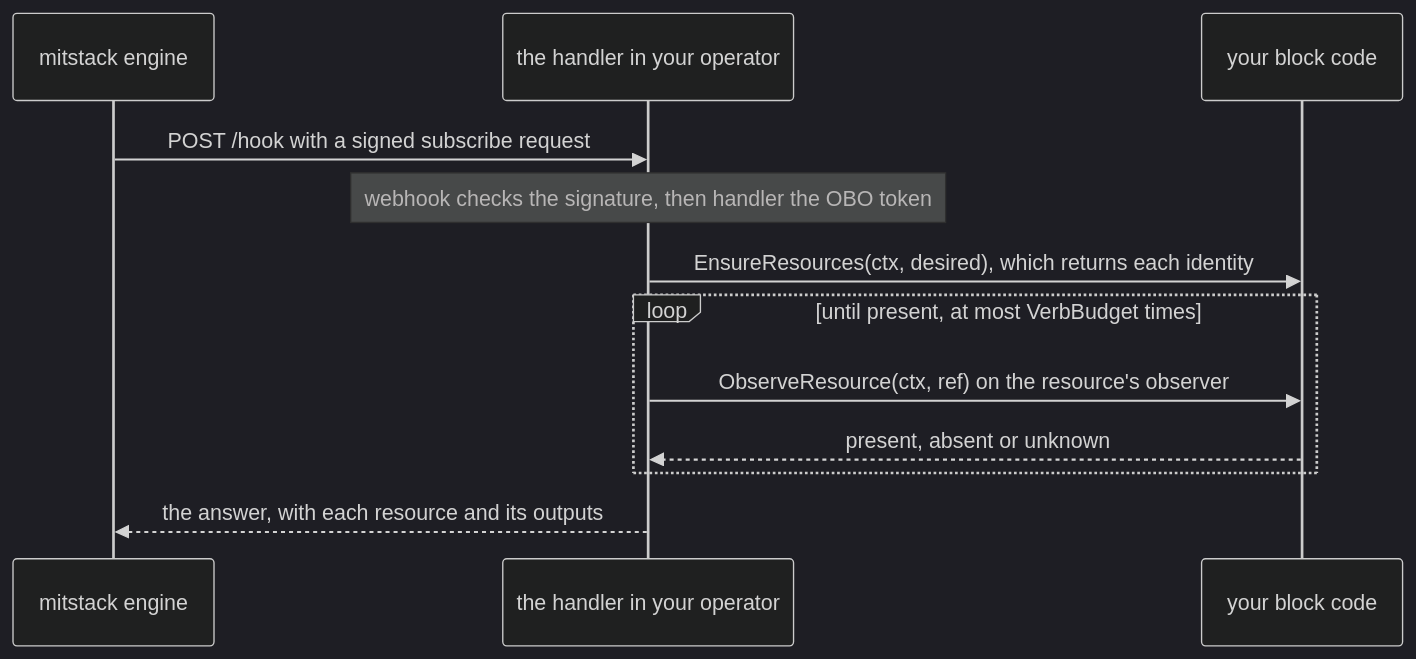
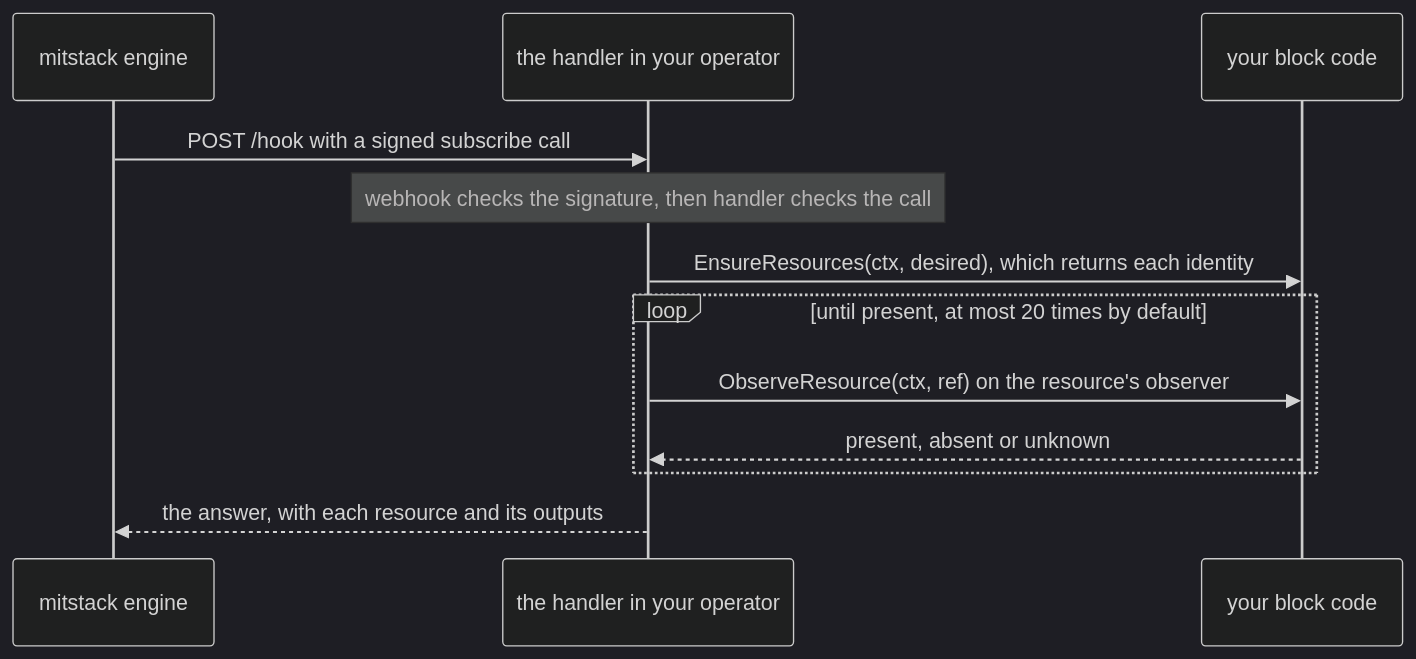
One commit to mitstack-eu/block-kit changed the diagram in README.md. Above: the diagram before and after it, drawn with Mermaid (dark theme). The commit also changed other lines of this file, not shown here.

First line of the commit message:
MIT-5245: the README introduces fewer terms and defines each one, and leaves the trust checks' detail to docs/handler.md

````diff
--- a/README.md
+++ b/README.md
@@ -35,14 +39,14 @@
 ```mermaid
 sequenceDiagram
     participant E as mitstack engine
     participant H as the handler in your operator
     participant B as your block code
-    E->>H: POST /hook with a signed subscribe request
-    Note over H: webhook checks the signature, then handler the OBO token
+    E->>H: POST /hook with a signed subscribe call
+    Note over H: webhook checks the signature, then handler checks the call
     H->>B: EnsureResources(ctx, desired), which returns each identity
-    loop until present, at most VerbBudget times
+    loop until present, at most 20 times by default
         H->>B: ObserveResource(ctx, ref) on the resource's observer
         B-->>H: present, absent or unknown
     end
     H-->>E: the answer, with each resource and its outputs
 ```
````
